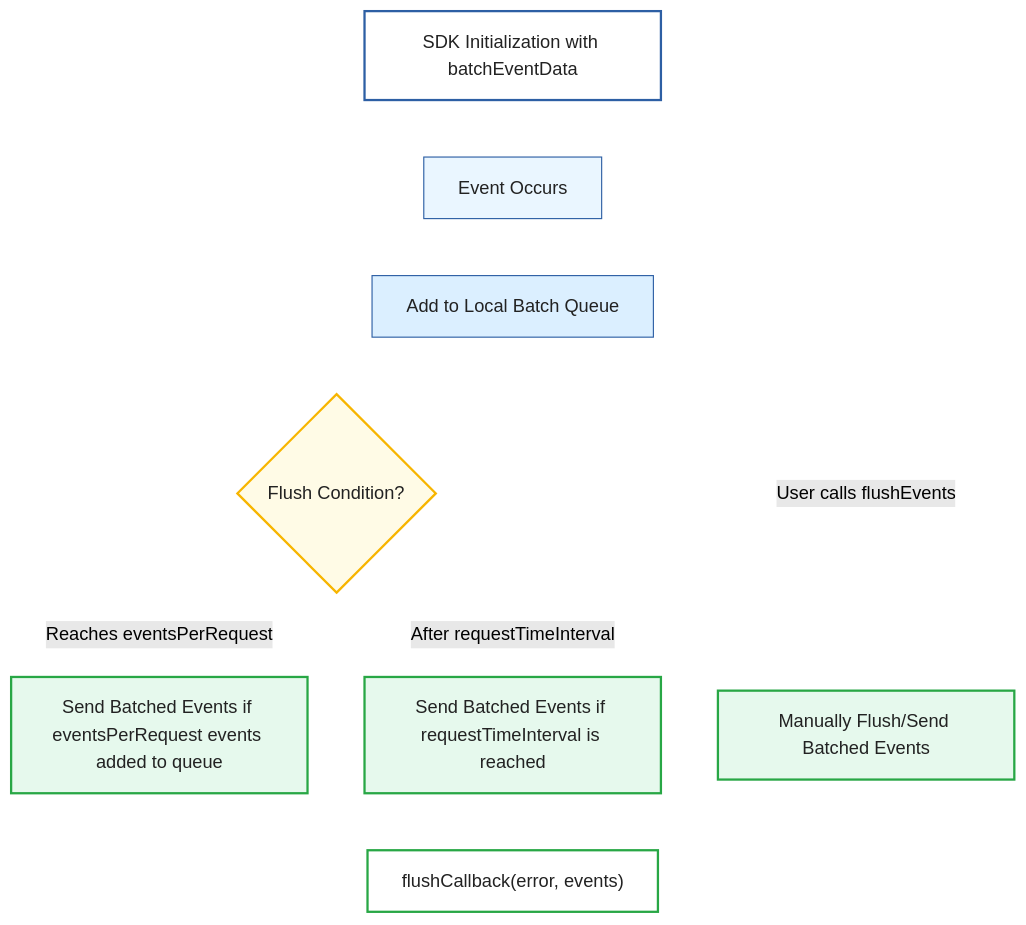
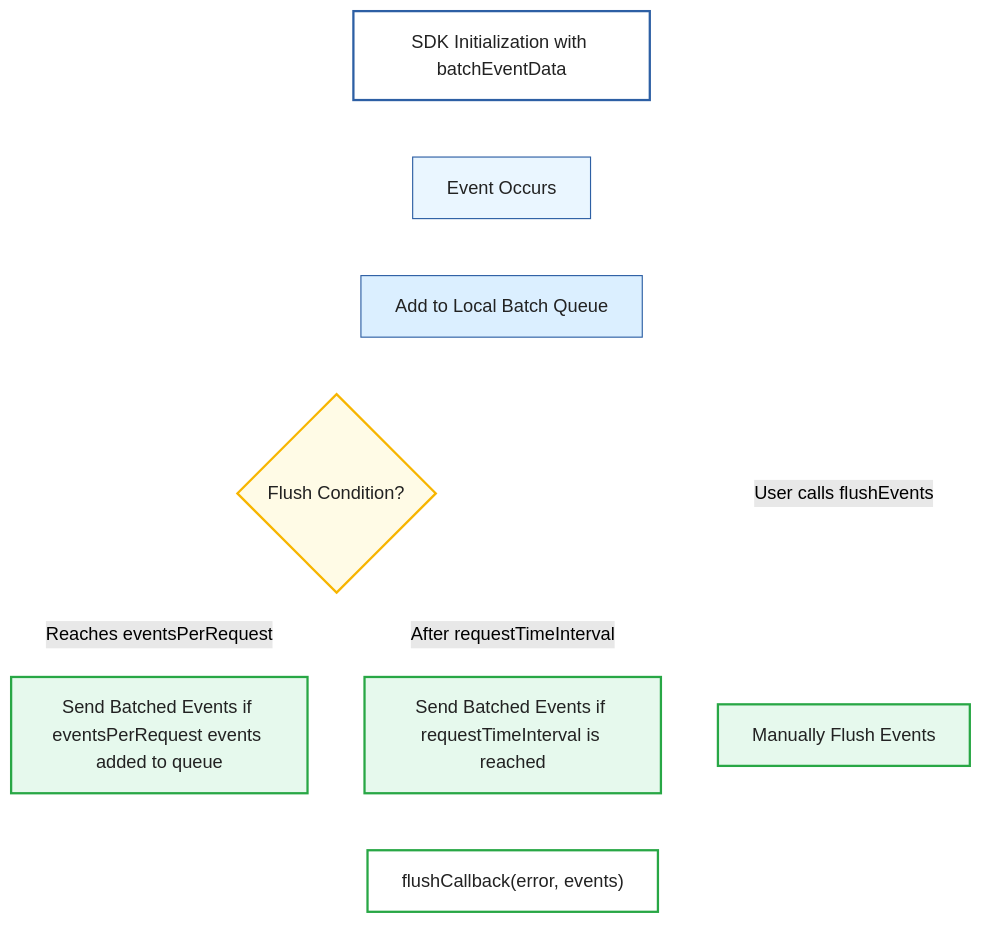
One commit to wingify/readme-central changed the diagram in docs/Concepts/wip-rd-event-batching-copy.md. Above: the diagram before and after it, drawn with Mermaid (forest theme).

Commit message:
Update doc `wip-rd-event-batching-copy`

````diff
--- a/docs/Concepts/wip-rd-event-batching-copy.md
+++ b/docs/Concepts/wip-rd-event-batching-copy.md
@@ -159,31 +159,31 @@
 ```mermaid
 flowchart TD
     A["SDK Initialization with batchEventData"] --> B["Event Occurs"]
     B --> C["Add to Local Batch Queue"]
 
     %% Automatic Flushing triggers
     C --> D1{"Flush Condition?"}
     D1 -->|"Reaches eventsPerRequest"| E1["Send Batched Events if eventsPerRequest events added to queue"]
     D1 -->|"After requestTimeInterval"| E2["Send Batched Events if requestTimeInterval is reached"]
 
     %% Manual Flush
-    C -.->|"User calls flushEvents"| E3["Manually Flush/Send Batched Events"]
+    C -.->|"User calls flushEvents"| E3["Manually Flush Events"]
 
     %% All flushes trigger callback
     E1 --> X["flushCallback(error, events)"]
     E2 --> X
     E3 --> X
 
     %% Notes
     style A fill:#ffffff,stroke:#2d5fa4,stroke-width:2px,color:#222
     style B fill:#eaf6ff,stroke:#2d5fa4,stroke-width:1px,color:#222
     style C fill:#dbefff,stroke:#2d5fa4,stroke-width:1px,color:#222
     style D1 fill:#fffbe6,stroke:#f7b500,stroke-width:2px,color:#222
     style E1 fill:#e6f9ed,stroke:#28a745,stroke-width:2px,color:#222
     style E2 fill:#e6f9ed,stroke:#28a745,stroke-width:2px,color:#222
     style E3 fill:#e6f9ed,stroke:#28a745,stroke-width:2px,color:#222
     style X fill:#ffffff,stroke:#28a745,stroke-width:2px,color:#222
 
     %% Make all arrows white
     linkStyle default stroke:#fff,stroke-width:2px
 ```
````
